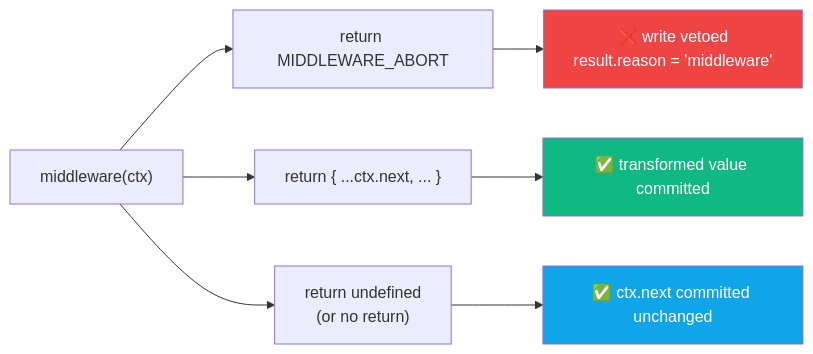
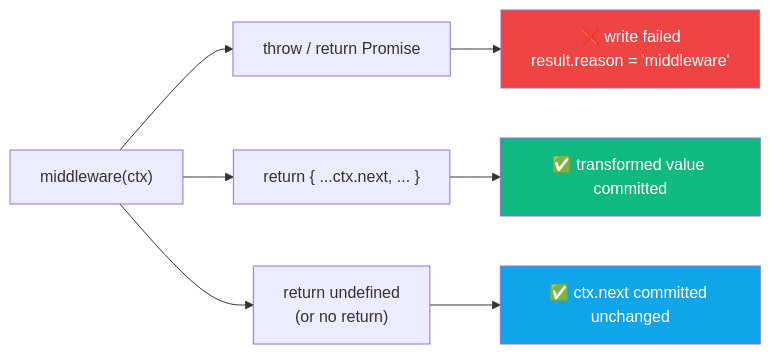
One commit to Himesh-Bhattarai/stroid changed the third of 3 diagrams in docs/STROID_TYPESCRIPT/INDEX.md. Above: the diagram before and after it, drawn with Mermaid. The commit also changed other lines of this file and 24 other files, not shown here.

````diff
--- a/docs/STROID_TYPESCRIPT/INDEX.md
+++ b/docs/STROID_TYPESCRIPT/INDEX.md
@@ -473,14 +476,14 @@
 ```mermaid
 flowchart LR
-    MW["middleware(ctx)"] --> R1["return MIDDLEWARE_ABORT"]
+    MW["middleware(ctx)"] --> R1["throw / return Promise"]
     MW --> R2["return { ...ctx.next, ... }"]
     MW --> R3["return undefined\n(or no return)"]
 
-    R1 --> VETO["❌ write vetoed\nresult.reason = 'middleware'"]
+    R1 --> VETO["❌ write failed\nresult.reason = 'middleware'"]
     R2 --> TRANSFORM["✅ transformed value committed"]
     R3 --> PASSTHROUGH["✅ ctx.next committed unchanged"]
 
     style VETO fill:#ef4444,color:#fff
     style TRANSFORM fill:#10b981,color:#fff
     style PASSTHROUGH fill:#0ea5e9,color:#fff
 ```
````
